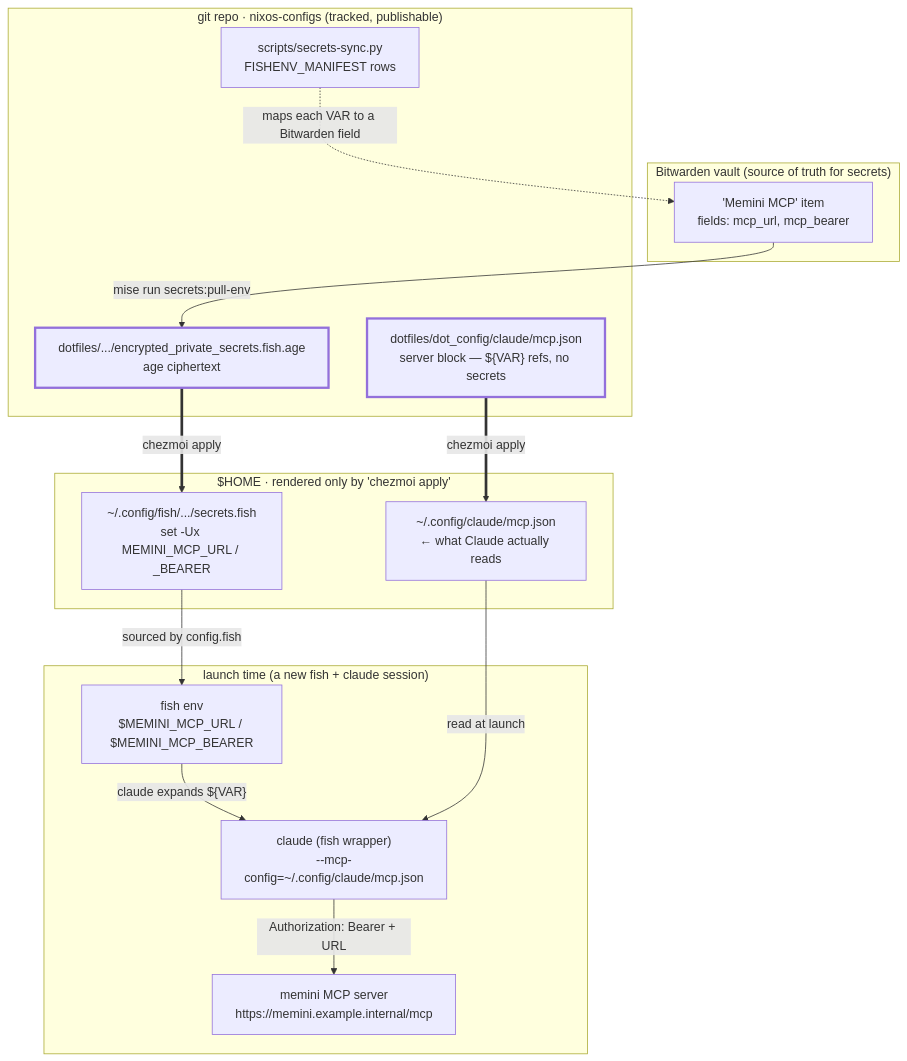
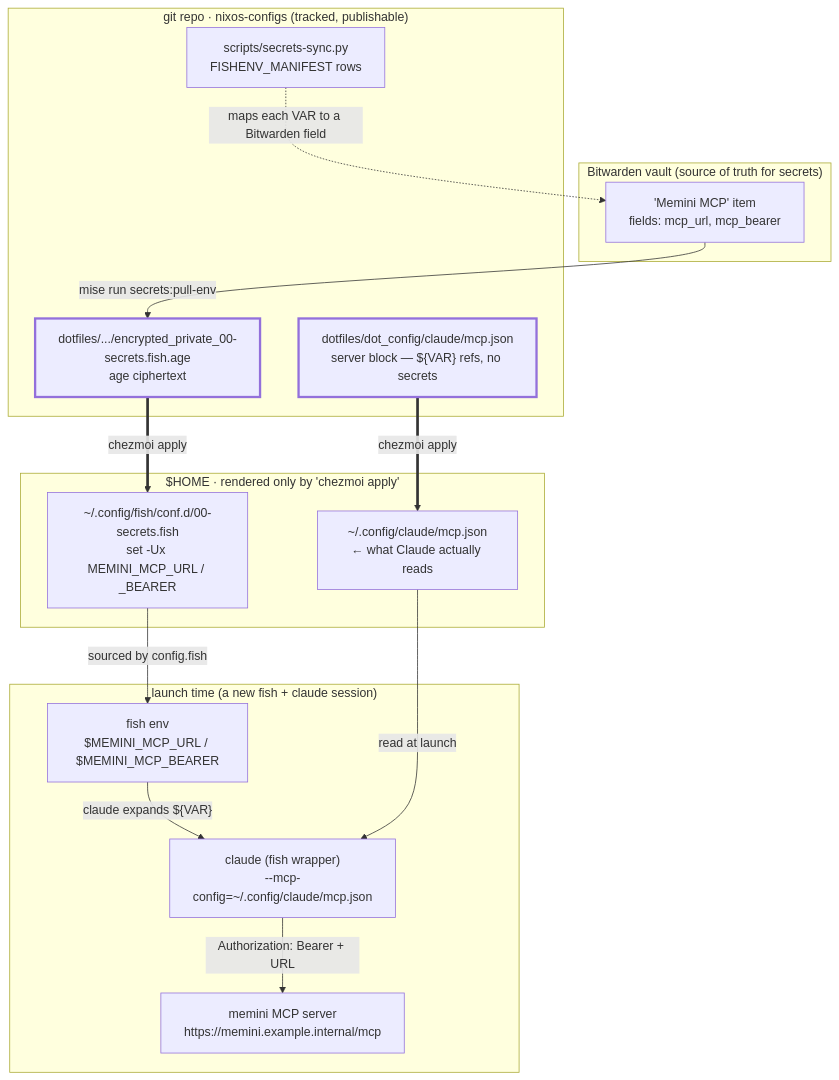
The first of 2 diagrams in docs/mcp-servers.md (perfectra1n/nixos-configs), drawn with Mermaid before and after one commit. The commit also changed other lines of this file and 96 other files, not shown here.

````diff
--- a/docs/mcp-servers.md
+++ b/docs/mcp-servers.md
@@ -27,35 +27,35 @@
 ```mermaid
 flowchart TD
     subgraph vault["Bitwarden vault (source of truth for secrets)"]
         BW["'Memini MCP' item<br/>fields: mcp_url, mcp_bearer"]
     end
 
     subgraph repo["git repo · nixos-configs (tracked, publishable)"]
         MAN["scripts/secrets-sync.py<br/>FISHENV_MANIFEST rows"]
         MCPSRC["dotfiles/dot_config/claude/mcp.json<br/>server block — ${VAR} refs, no secrets"]
-        AGE["dotfiles/.../encrypted_private_secrets.fish.age<br/>age ciphertext"]
+        AGE["dotfiles/.../encrypted_private_00-secrets.fish.age<br/>age ciphertext"]
     end
 
     subgraph home["$HOME · rendered only by 'chezmoi apply'"]
-        FISH["~/.config/fish/.../secrets.fish<br/>set -Ux MEMINI_MCP_URL / _BEARER"]
+        FISH["~/.config/fish/conf.d/00-secrets.fish<br/>set -Ux MEMINI_MCP_URL / _BEARER"]
         MCPREND["~/.config/claude/mcp.json<br/>← what Claude actually reads"]
     end
 
     subgraph run["launch time (a new fish + claude session)"]
         ENV["fish env<br/>$MEMINI_MCP_URL / $MEMINI_MCP_BEARER"]
         CLAUDE["claude (fish wrapper)<br/>--mcp-config=~/.config/claude/mcp.json"]
         MCP["memini MCP server<br/>https://memini.example.internal/mcp"]
     end
 
     MAN -.->|"maps each VAR to a Bitwarden field"| BW
     BW -->|"mise run secrets:pull-env"| AGE
     AGE ==>|"chezmoi apply"| FISH
     MCPSRC ==>|"chezmoi apply"| MCPREND
     FISH -->|"sourced by config.fish"| ENV
     ENV -->|"claude expands ${VAR}"| CLAUDE
     MCPREND -->|"read at launch"| CLAUDE
     CLAUDE -->|"Authorization: Bearer + URL"| MCP
 
     classDef apply stroke-width:3px;
     class AGE,MCPSRC apply;
 ```
````
